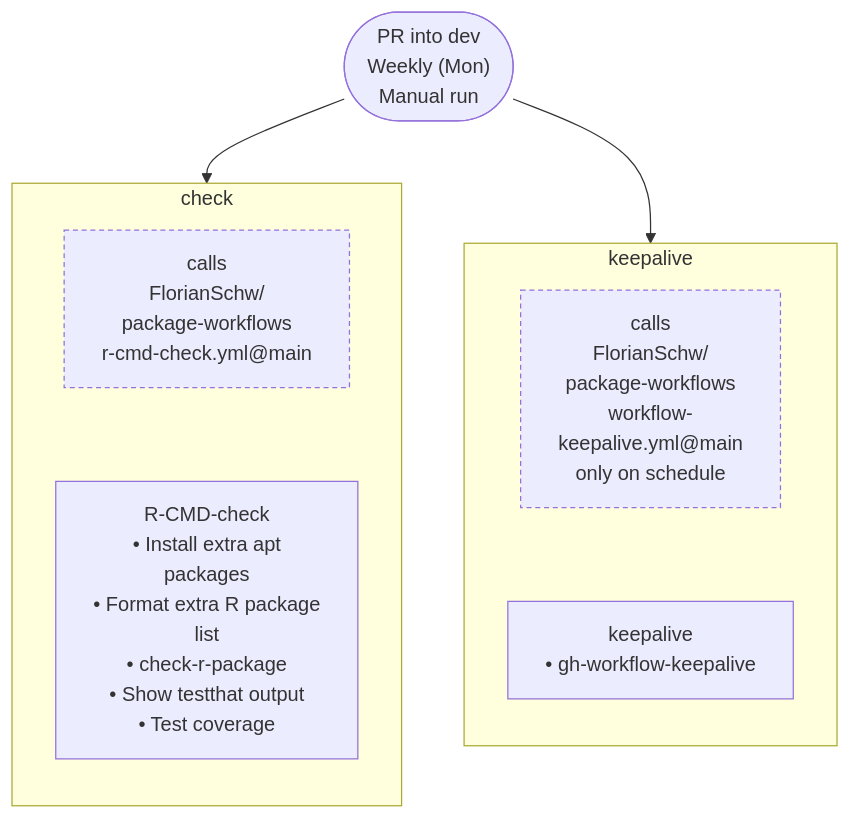
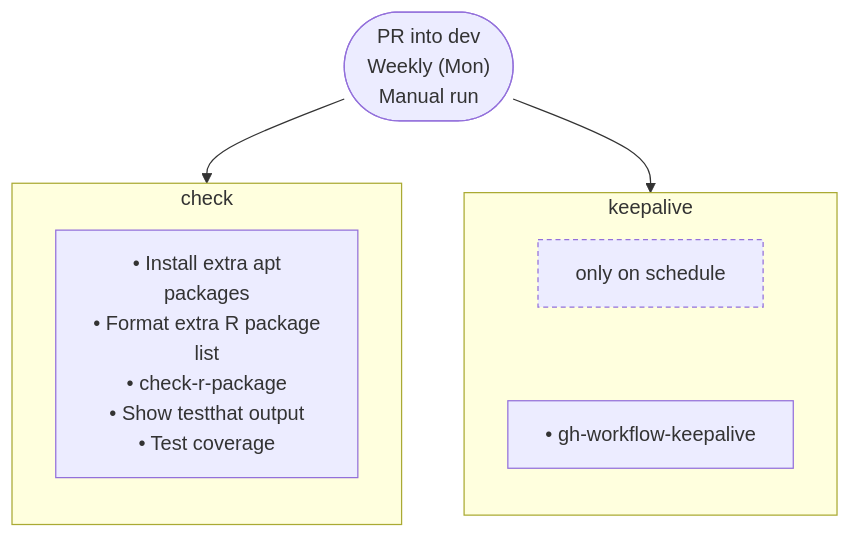
The ninth of 15 diagrams in .github/workflow-graphs/README.md (nfdi4health/dsSupportClient), drawn with Mermaid before and after one commit. The commit also changed other lines of this file, not shown here.

Commit message:
docs: update workflow diagrams

````diff
--- a/.github/workflow-graphs/README.md
+++ b/.github/workflow-graphs/README.md
@@ -233,19 +210,17 @@
 ```mermaid
 flowchart TD
   start(["PR into dev<br/>Weekly (Mon)<br/>Manual run"])
   subgraph job_check ["check"]
     direction TB
-    job_check__ref["calls<br/>FlorianSchw/<br/>package-workflows<br/>r-cmd-check.yml@main"]:::refnote
-    job_check__R_CMD_check["R-CMD-check<br/>• Install extra apt<br/>packages<br/>• Format extra R package<br/>list<br/>• check-r-package<br/>• Show testthat output<br/>• Test coverage"]
-    job_check__ref ~~~ job_check__R_CMD_check
+    job_check__R_CMD_check["• Install extra apt<br/>packages<br/>• Format extra R package<br/>list<br/>• check-r-package<br/>• Show testthat output<br/>• Test coverage"]
   end
   start --> job_check
   subgraph job_keepalive ["keepalive"]
     direction TB
-    job_keepalive__ref["calls<br/>FlorianSchw/<br/>package-workflows<br/>workflow-<br/>keepalive.yml@main<br/>only on schedule"]:::refnote
-    job_keepalive__keepalive["keepalive<br/>• gh-workflow-keepalive"]
-    job_keepalive__ref ~~~ job_keepalive__keepalive
+    job_keepalive__cond["only on schedule"]:::condnote
+    job_keepalive__keepalive["• gh-workflow-keepalive"]
+    job_keepalive__cond ~~~ job_keepalive__keepalive
   end
   start --> job_keepalive
-  classDef refnote stroke-dasharray: 4 3
+  classDef condnote stroke-dasharray: 4 3
 ```
````
